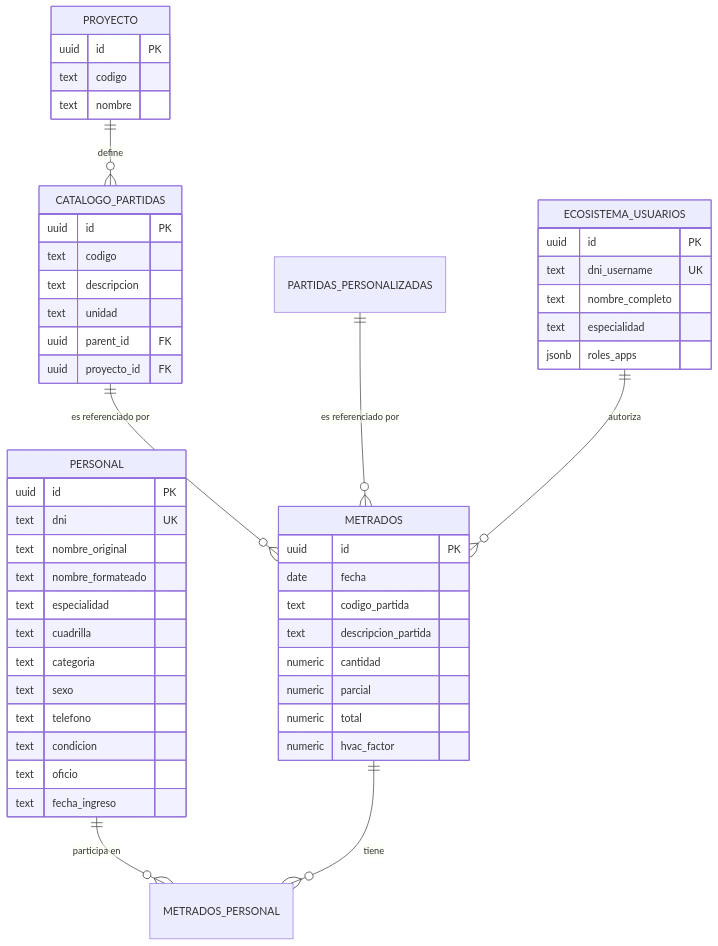
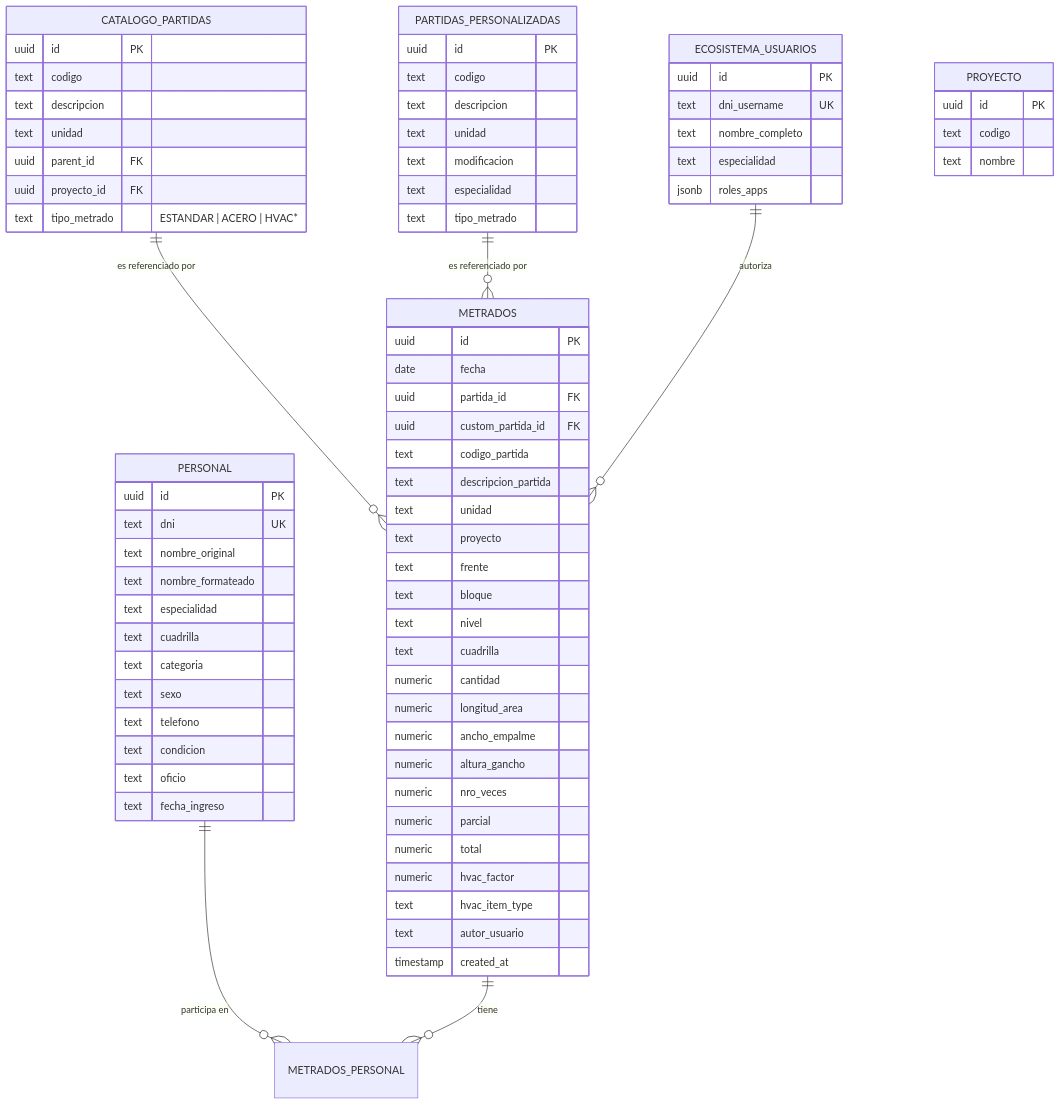
The diagram in SQL_Architecture_Master_Guide.md (JorgeCusco/3_Entregable_web_buscador_de_metrados), drawn with Mermaid before and after one commit. The commit also changed other lines of this file and 79 other files, not shown here.

````diff
--- a/SQL_Architecture_Master_Guide.md
+++ b/SQL_Architecture_Master_Guide.md
@@ -11,9 +11,19 @@
 ```mermaid
 erDiagram
-    PROYECTO ||--o{ CATALOGO_PARTIDAS : "define"
     CATALOGO_PARTIDAS ||--o{ METRADOS : "es referenciado por"
     PARTIDAS_PERSONALIZADAS ||--o{ METRADOS : "es referenciado por"
     PERSONAL ||--o{ METRADOS_PERSONAL : "participa en"
+    
+    PARTIDAS_PERSONALIZADAS {
+        uuid id PK
+        text codigo
+        text descripcion
+        text unidad
+        text modificacion
+        text especialidad
+        text tipo_metrado
+    }
+
     METRADOS ||--o{ METRADOS_PERSONAL : "tiene"
     ECOSISTEMA_USUARIOS ||--o{ METRADOS : "autoriza"
   
@@ -38,17 +48,33 @@
         text unidad
         uuid parent_id FK
         uuid proyecto_id FK
+        text tipo_metrado "ESTANDAR | ACERO | HVAC*"
     }
   
     METRADOS {
         uuid id PK
         date fecha
+        uuid partida_id FK
+        uuid custom_partida_id FK
         text codigo_partida
         text descripcion_partida
+        text unidad
+        text proyecto
+        text frente
+        text bloque
+        text nivel
+        text cuadrilla
         numeric cantidad
+        numeric longitud_area
+        numeric ancho_empalme
+        numeric altura_gancho
+        numeric nro_veces
         numeric parcial
         numeric total
         numeric hvac_factor
+        text hvac_item_type
+        text autor_usuario
+        timestamp created_at
     }
   
     PERSONAL {
````
